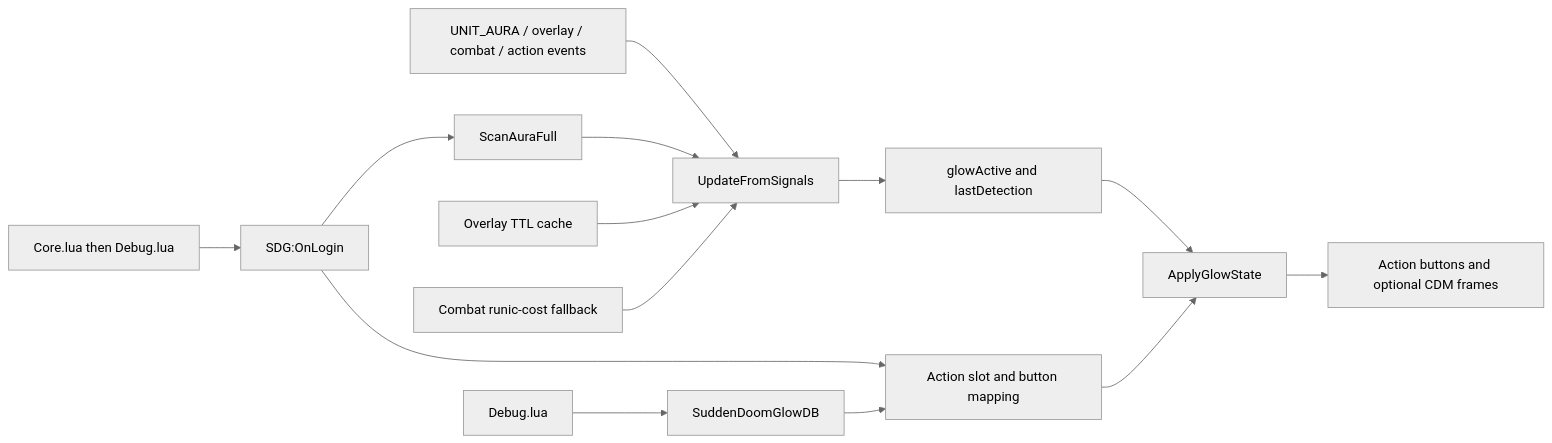
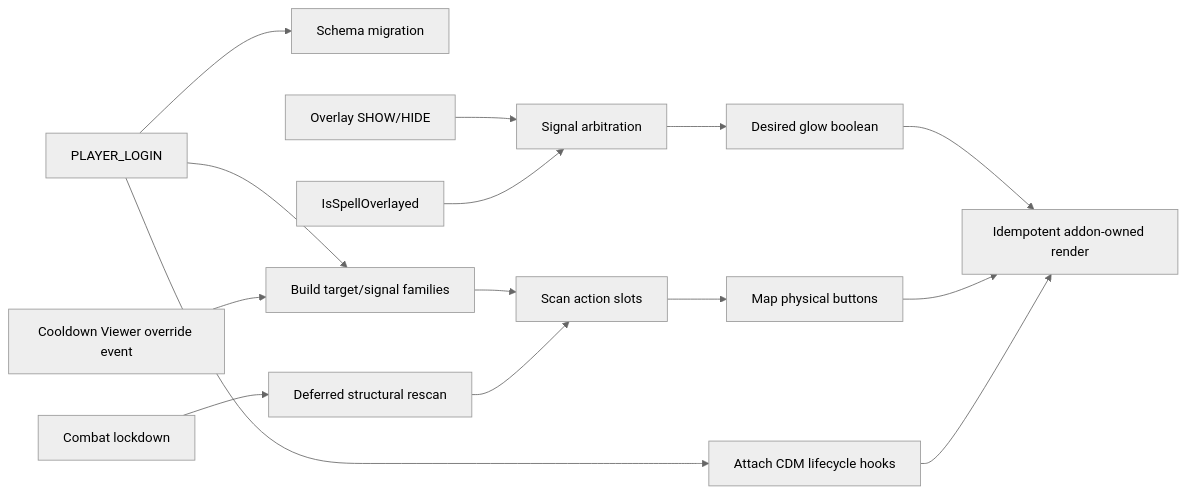
The diagram in CODE_GRAPH.md (UnknownAlienHuman/sudden-doom-glow), drawn with Mermaid (neutral theme) before and after one commit.

Commit message:
docs: update runtime code graph

````diff
--- a/CODE_GRAPH.md
+++ b/CODE_GRAPH.md
@@ -3,16 +3,19 @@
 ```mermaid
 flowchart LR
-  TOC[Core.lua then Debug.lua] --> Login[SDG:OnLogin]
-  Login --> Map[Action slot and button mapping]
-  Login --> Aura[ScanAuraFull]
-  Events[UNIT_AURA / overlay / combat / action events] --> Signals[UpdateFromSignals]
-  Aura --> Signals
-  Overlay[Overlay TTL cache] --> Signals
-  Cost[Combat runic-cost fallback] --> Signals
-  Signals --> State[glowActive and lastDetection]
-  State --> Render[ApplyGlowState]
-  Map --> Render
-  Render --> Buttons[Action buttons and optional CDM frames]
-  Debug[Debug.lua] --> DB[SuddenDoomGlowDB]
-  DB --> Map
+    Login[PLAYER_LOGIN] --> DB[Schema migration]
+    Login --> Family[Build target/signal families]
+    Family --> Slots[Scan action slots]
+    Slots --> Buttons[Map physical buttons]
+    Login --> CDM[Attach CDM lifecycle hooks]
+
+    ShowHide[Overlay SHOW/HIDE] --> Arbitration[Signal arbitration]
+    Query[IsSpellOverlayed] --> Arbitration
+    Override[Cooldown Viewer override event] --> Family
+    Arbitration --> State[Desired glow boolean]
+    State --> Render[Idempotent addon-owned render]
+    Buttons --> Render
+    CDM --> Render
+
+    Combat[Combat lockdown] --> Deferred[Deferred structural rescan]
+    Deferred --> Slots
 ```
````
